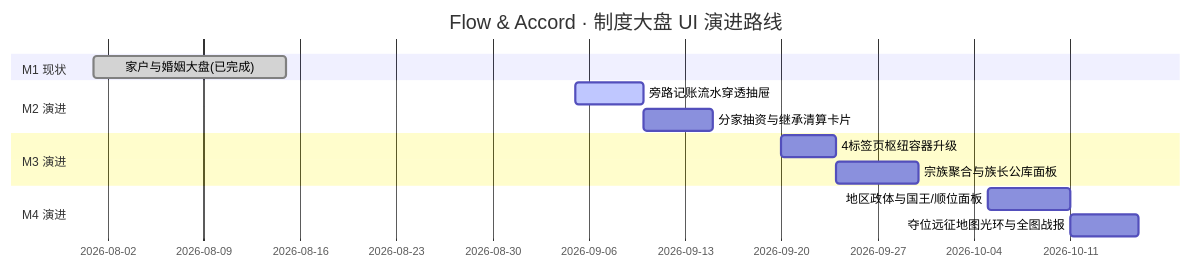
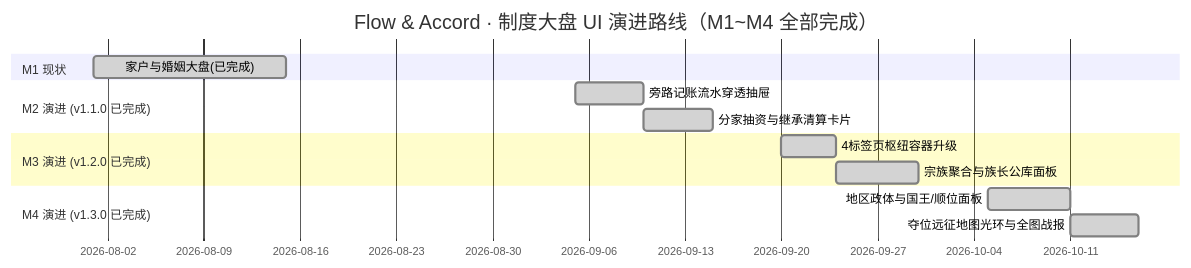
One commit to g39088902/FlowAndAccord changed the fifth of 5 diagrams in docs/UI_SPEC_AND_LEDGER_DESIGN.md. Above: the diagram before and after it, drawn with Mermaid. The commit also changed other lines of this file and 22 other files, not shown here.

````diff
--- a/docs/UI_SPEC_AND_LEDGER_DESIGN.md
+++ b/docs/UI_SPEC_AND_LEDGER_DESIGN.md
@@ -501,16 +511,16 @@
 ```mermaid
 gantt
-    title Flow & Accord · 制度大盘 UI 演进路线
+    title Flow & Accord · 制度大盘 UI 演进路线（M1~M4 全部完成）
     dateFormat  YYYY-MM-DD
     section M1 现状
     家户与婚姻大盘(已完成)         :done, m1, 2026-08-01, 2026-08-15
-    section M2 演进
-    旁路记账流水穿透抽屉           :active, m2_1, 2026-09-05, 5d
-    分家抽资与继承清算卡片         :m2_2, after m2_1, 5d
-    section M3 演进
-    4标签页枢纽容器升级            :m3_1, 2026-09-20, 4d
-    宗族聚合与族长公库面板         :m3_2, after m3_1, 6d
-    section M4 演进
-    地区政体与国王/顺位面板        :m4_1, 2026-10-05, 6d
-    夺位远征地图光环与全图战报     :m4_2, after m4_1, 5d
+    section M2 演进 (v1.1.0 已完成)
+    旁路记账流水穿透抽屉           :done, m2_1, 2026-09-05, 5d
+    分家抽资与继承清算卡片         :done, m2_2, after m2_1, 5d
+    section M3 演进 (v1.2.0 已完成)
+    4标签页枢纽容器升级            :done, m3_1, 2026-09-20, 4d
+    宗族聚合与族长公库面板         :done, m3_2, after m3_1, 6d
+    section M4 演进 (v1.3.0 已完成)
+    地区政体与国王/顺位面板        :done, m4_1, 2026-10-05, 6d
+    夺位远征地图光环与全图战报     :done, m4_2, after m4_1, 5d
 ```
````
